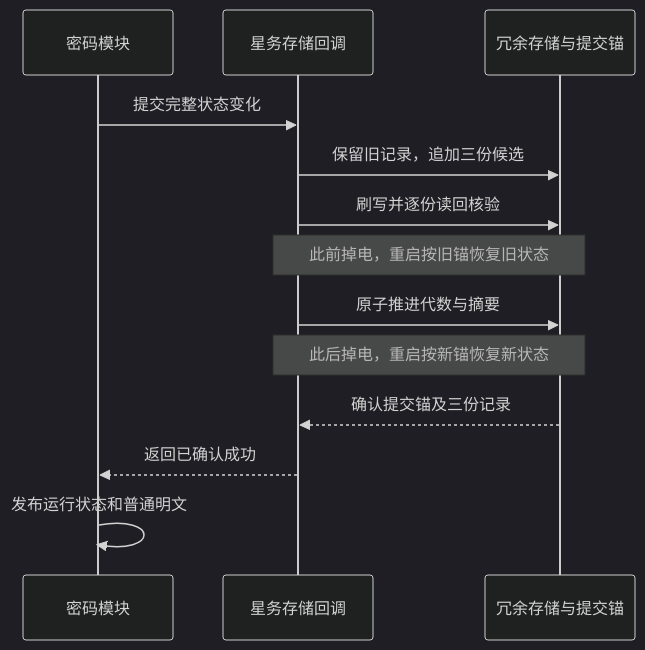
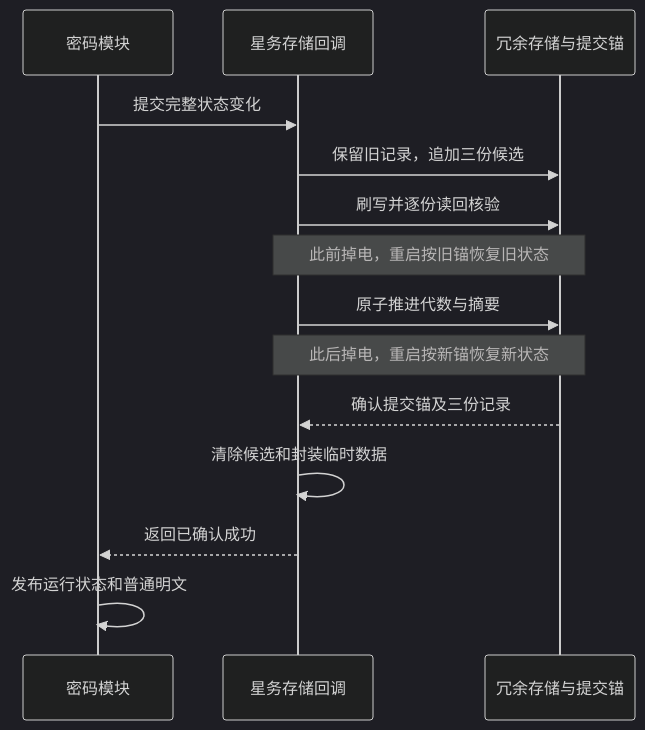
The seventh of 11 diagrams in docs/FLIGHT_INTERFACE_MANUAL.md (HangzeGao/key-vault), drawn with Mermaid (dark theme) before and after one commit. The commit also changed other lines of this file and 7 other files, not shown here.

````diff
--- a/docs/FLIGHT_INTERFACE_MANUAL.md
+++ b/docs/FLIGHT_INTERFACE_MANUAL.md
@@ -715,15 +702,16 @@
 ```mermaid
 sequenceDiagram
     participant C as 密码模块
     participant P as 星务存储回调
     participant N as 冗余存储与提交锚
     C->>P: 提交完整状态变化
     P->>N: 保留旧记录，追加三份候选
     P->>N: 刷写并逐份读回核验
     Note over P,N: 此前掉电，重启按旧锚恢复旧状态
     P->>N: 原子推进代数与摘要
     Note over P,N: 此后掉电，重启按新锚恢复新状态
     N-->>P: 确认提交锚及三份记录
+    P->>P: 清除候选和封装临时数据
     P-->>C: 返回已确认成功
     C->>C: 发布运行状态和普通明文
 ```
````
